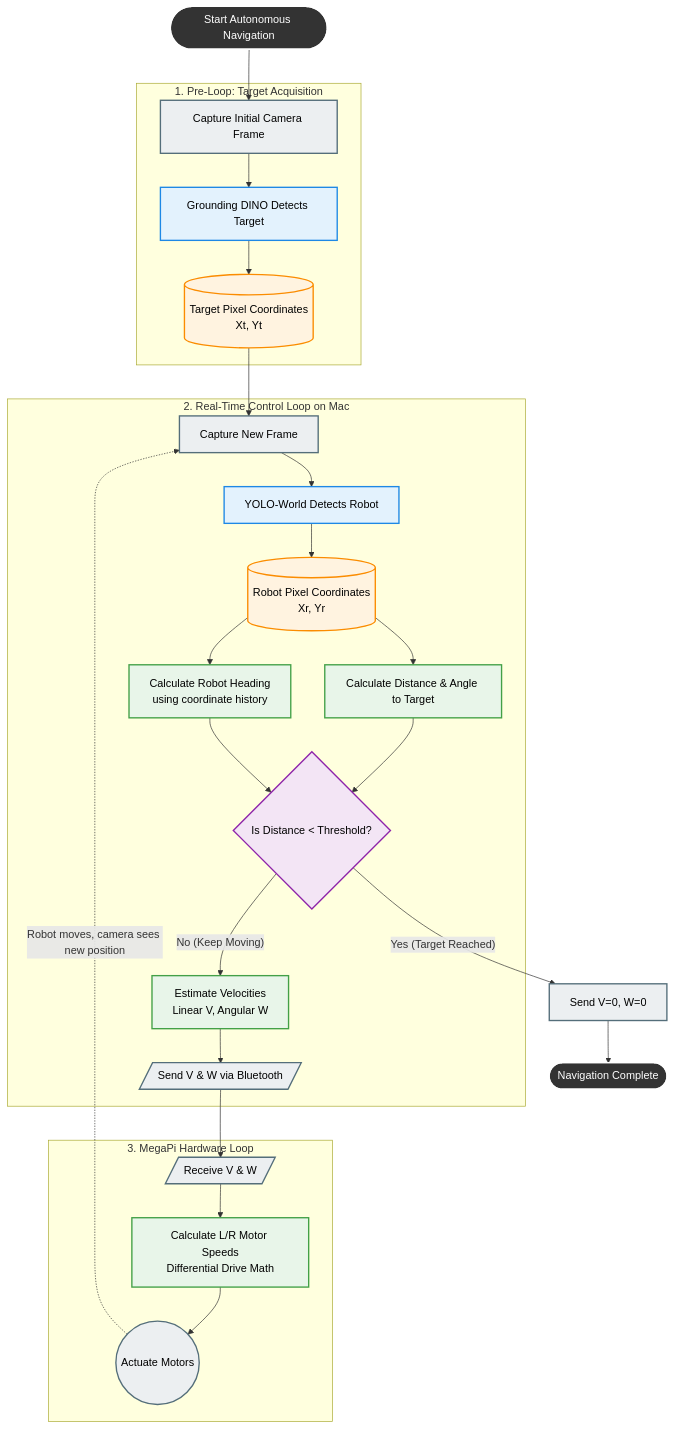
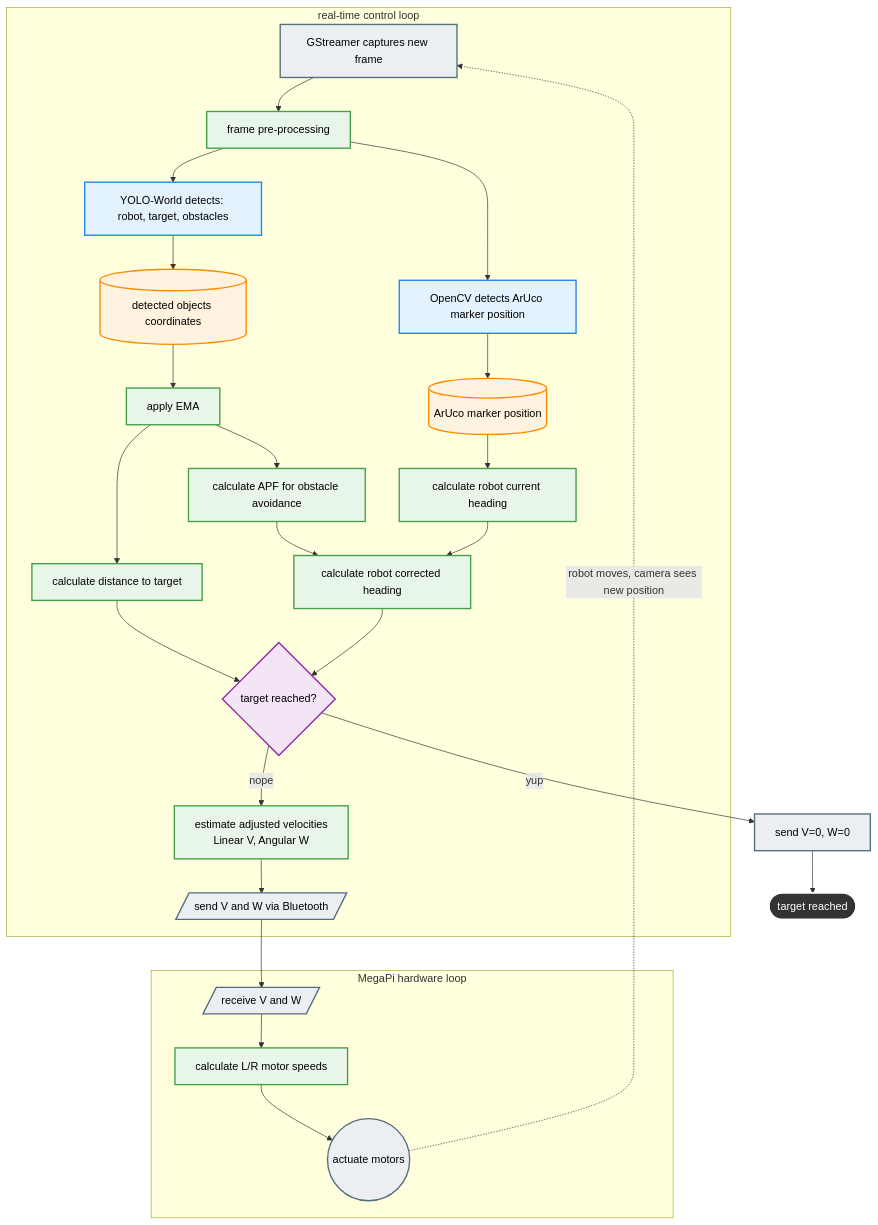
Before and after one commit to knespaw/robot-control: the diagram in flow.mermaid, drawn with Mermaid.

```diff
--- a/flow.mermaid
+++ b/flow.mermaid
@@ -1,70 +1,79 @@
 graph TD
 %% 1. Node Definitions and Flow
-    Start([Start Autonomous Navigation])
+    subgraph ControlLoop [real-time control loop]
+        CaptureN[GStreamer captures new frame]
+        VidProc[frame pre-processing]
 
-    subgraph Initialization [1. Pre-Loop: Target Acquisition]
-        Capture1[Capture Initial Camera Frame]
-        GDino[Grounding DINO Detects Target]
-        TargetCoords[(Target Pixel Coordinates<br>Xt, Yt)]
+        Aruco["OpenCV detects ArUco marker position"]
+        YOLO[YOLO-World detects: robot, target, obstacles]
 
-        Capture1 --> GDino --> TargetCoords
-    end
+        RobotCoords[(detected objects coordinates)]
+        RefCoords[(ArUco marker position)]
 
-    Start --> Capture1
+        EmaSmoothing[apply EMA]
 
-    subgraph ControlLoop [2. Real-Time Control Loop on Mac]
-        CaptureN[Capture New Frame]
-        YOLO[YOLO-World Detects Robot]
-        RobotCoords[(Robot Pixel Coordinates<br>Xr, Yr)]
+        CalcDistAngle[calculate distance to target]
+        CalcHeading[calculate robot current heading]
+        ApfCalc[calculate APF for obstacle avoidance]
 
-        CalcDistAngle[Calculate Distance & Angle to Target]
-        CalcHeading[Calculate Robot Heading<br>using coordinate history]
+        CalcActualHeading[calculate robot corrected heading]
 
-        CheckArrived{Is Distance < Threshold?}
+        CheckArrived{target reached?}
 
-        CalcVel[Estimate Velocities<br>Linear V, Angular W]
-        SendBLE[/Send V & W via Bluetooth/]
+        CalcVel[estimate adjusted velocities<br>Linear V, Angular W]
 
-        CaptureN --> YOLO --> RobotCoords
-        RobotCoords --> CalcDistAngle
-        RobotCoords --> CalcHeading
+        SendBLE[/send V and W via Bluetooth/]
+
+        CaptureN --> VidProc
+
+        VidProc --> YOLO --> RobotCoords
+        VidProc --> Aruco --> RefCoords
+
+        RefCoords --> CalcHeading
+        RobotCoords --> EmaSmoothing
+
+        EmaSmoothing --> CalcDistAngle
+        EmaSmoothing --> ApfCalc
 
         CalcDistAngle --> CheckArrived
-        CalcHeading --> CheckArrived
 
-        CheckArrived -- "No (Keep Moving)" --> CalcVel
+       CalcHeading --> CalcActualHeading
+       ApfCalc --> CalcActualHeading
+
+        CalcActualHeading --> CheckArrived
+
+        CheckArrived -- "nope" --> CalcVel
         CalcVel --> SendBLE
     end
 
-    TargetCoords --> CaptureN
 
-    subgraph MegaPi [3. MegaPi Hardware Loop]
-        RecvBLE[/Receive V & W/]
-        DiffDrive[Calculate L/R Motor Speeds<br>Differential Drive Math]
-        MoveMotors((Actuate Motors))
+    subgraph MegaPi [MegaPi hardware loop]
+        RecvBLE[/receive V and W/]
+        DiffDrive[calculate L/R motor speeds]
+        MoveMotors((actuate motors))
 
         RecvBLE --> DiffDrive --> MoveMotors
     end
 
     SendBLE --> RecvBLE
 
-    MoveMotors -. "Robot moves, camera sees new position" .-> CaptureN
+    MoveMotors -. "robot moves, camera sees new position" .-> CaptureN
 
-    CheckArrived -- "Yes (Target Reached)" --> StopRobot[Send V=0, W=0]
-    StopRobot --> End([Navigation Complete])
+    CheckArrived -- "yup" --> StopRobot[send V=0, W=0]
+    StopRobot --> End([target reached])
 
 %% 2. Styling Definitions
     classDef aiNode fill:#e3f2fd,stroke:#1e88e5,stroke-width:2px,color:#000
     classDef mathNode fill:#e8f5e9,stroke:#43a047,stroke-width:2px,color:#000
     classDef dataNode fill:#fff3e0,stroke:#fb8c00,stroke-width:2px,color:#000
     classDef hardNode fill:#eceff1,stroke:#546e7a,stroke-width:2px,color:#000
     classDef logicNode fill:#f3e5f5,stroke:#8e24aa,stroke-width:2px,color:#000
     classDef endpoint fill:#333,stroke:#fff,stroke-width:2px,color:#fff
 
 %% 3. Applying Styles to Nodes
-    class GDino,YOLO aiNode
-    class CalcDistAngle,CalcHeading,CalcVel,DiffDrive mathNode
-    class TargetCoords,RobotCoords dataNode
-    class Capture1,CaptureN,SendBLE,RecvBLE,MoveMotors,StopRobot hardNode
+    class YOLO,Aruco aiNode
+    class EmaSmoothing,CalcActualHeading,ApfCalc,VidProc,CalcDistAngle,CalcHeading,CalcVel,DiffDrive mathNode
+    class RefCoords,TargetCoords,RobotCoords dataNode
+    class CaptureN,SendBLE,RecvBLE,MoveMotors,StopRobot hardNode
     class CheckArrived logicNode
     class Start,End endpoint
```
